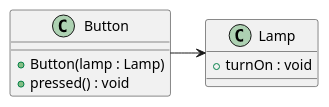
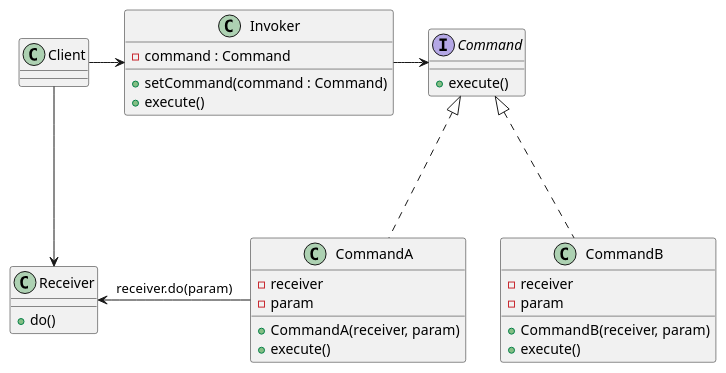
The diagram in study-design-pattern/src/main/java/com/my/studydesignpattern/chapter8/example/command-pattern.puml (hjhello423/toy), drawn with PlantUML before and after one commit. The commit also changed 28 other files, not shown here.

```diff
--- a/study-design-pattern/src/main/java/com/my/studydesignpattern/chapter8/example/command-pattern.puml
+++ b/study-design-pattern/src/main/java/com/my/studydesignpattern/chapter8/example/command-pattern.puml
@@ -1,14 +1,43 @@
 @startuml
 
-class Button {
-+ Button(lamp : Lamp)
-+ pressed() : void
+class Client {
 }
 
-class Lamp {
-+ turnOn : void
+class Invoker {
+- command : Command
++ setCommand(command : Command)
++ execute()
 }
 
-Button -> Lamp
+interface Command {
++ execute()
+}
+
+class CommandA {
+- receiver
+- param
++ CommandA(receiver, param)
++ execute()
+}
+
+class CommandB {
+- receiver
+- param
++ CommandB(receiver, param)
++ execute()
+}
+
+class Receiver {
++ do()
+}
+
+Client -> Invoker
+Receiver <- CommandA : receiver.do(param)
+
+Invoker -> Command
+Command <|.. CommandA
+Command <|... CommandB
+
+Client ---> Receiver
 
 @enduml
```
